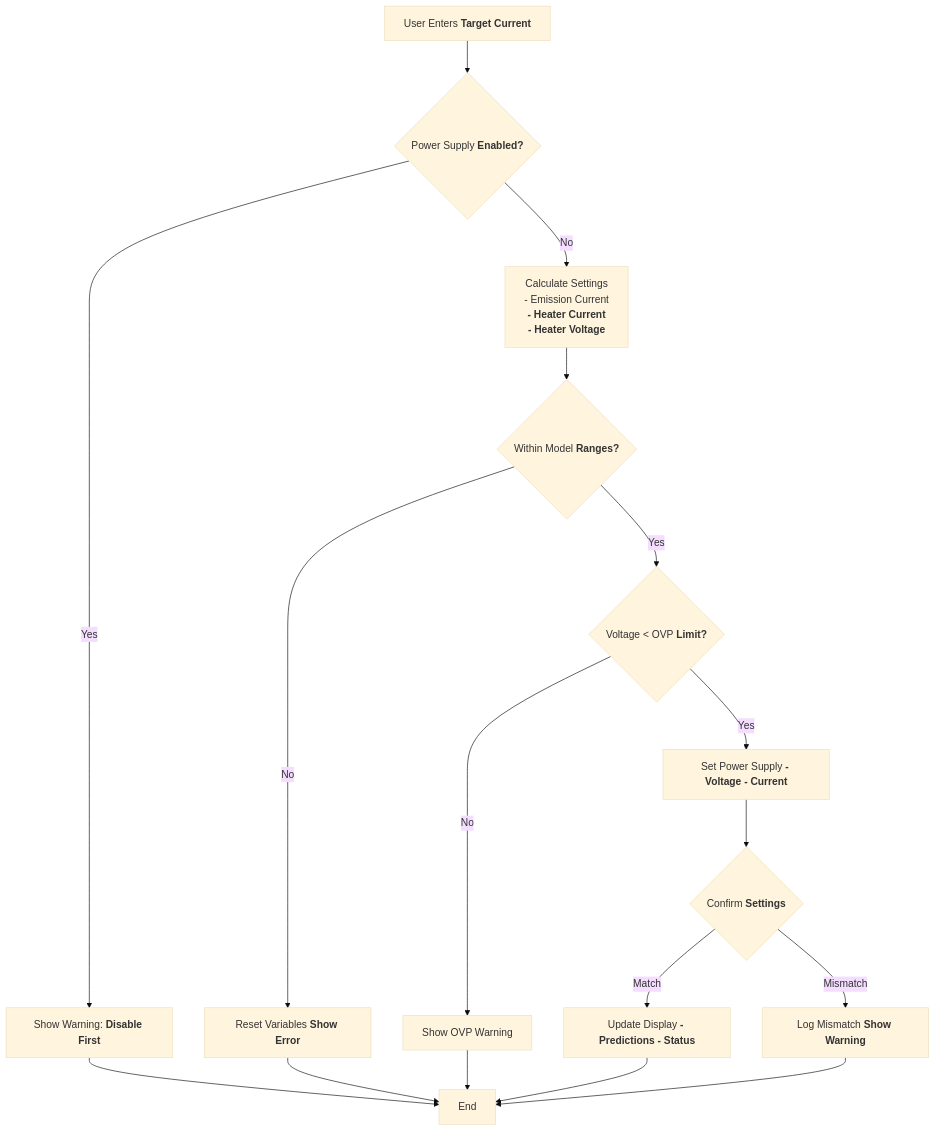
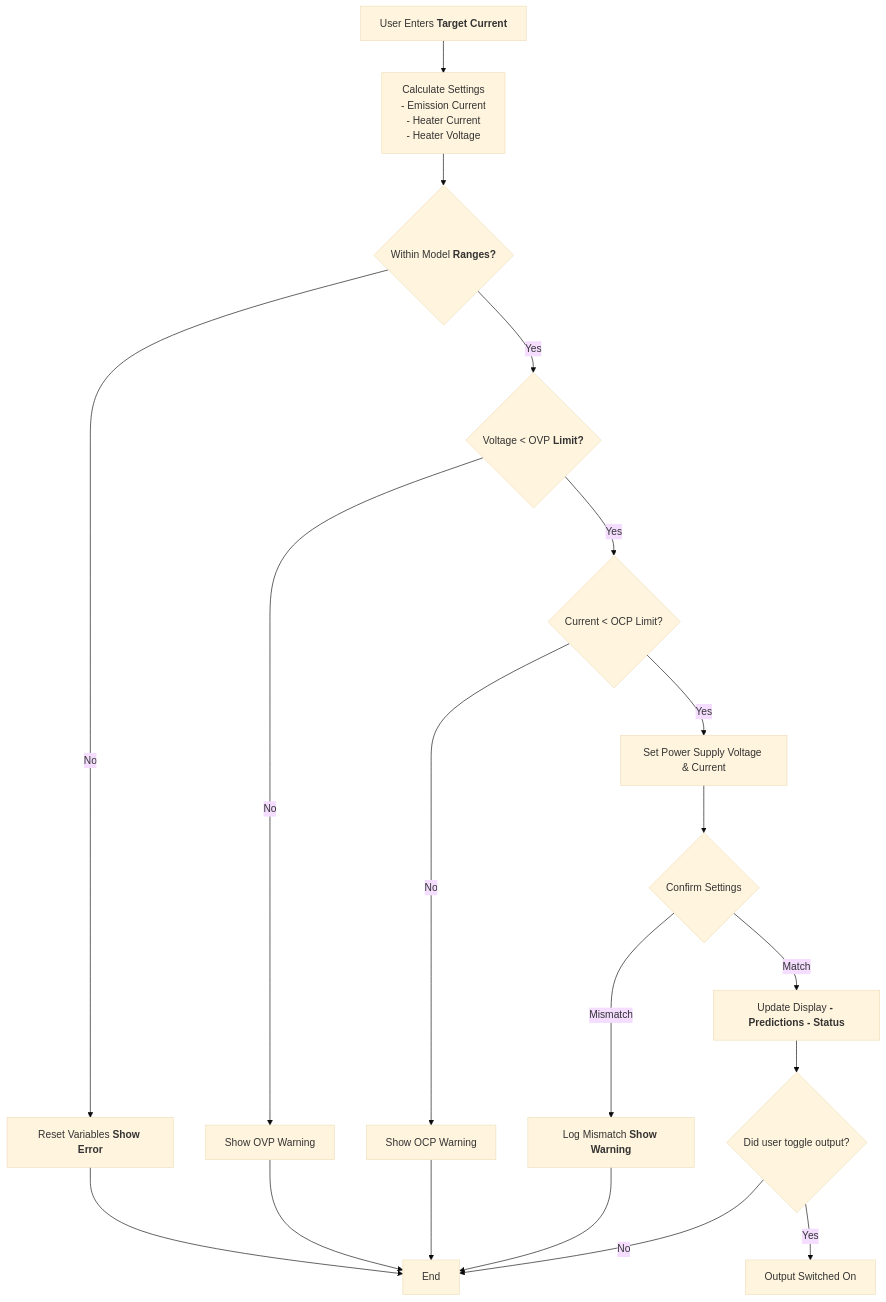
One commit to uw-loci/EBEAM_dashboard changed the third of 4 diagrams in subsystem/cathode_heating/README.md. Above: the diagram before and after it, drawn with Mermaid (base theme). The commit also changed other lines of this file and 3 other files, not shown here.

First line of the commit message:
Proposed CCS flow (#58)

````diff
--- a/subsystem/cathode_heating/README.md
+++ b/subsystem/cathode_heating/README.md
@@ -153,29 +153,35 @@
 ```mermaid
 flowchart TB
-    Input["User Enters<b> Target Current"] --> ValidatePS{"Power Supply<b> Enabled?"}
-    
-    ValidatePS -->|Yes| Warning["Show Warning:<b> Disable First"]
-    ValidatePS -->|No| Calculate["Calculate Settings
-    - Emission Current<b> 
-    - Heater Current
-    - Heater Voltage"]
+    Input["User Enters<b> Target Current"] --> Calculate["Calculate Settings
+                                                        - Emission Current 
+                                                        - Heater Current
+                                                        - Heater Voltage"]
     
     Calculate --> ValidateRange{"Within Model<b> Ranges?"}
     
     ValidateRange -->|No| ResetVars["Reset Variables <b>Show Error"]
     ValidateRange -->|Yes| CheckOVP{"Voltage < OVP<b> Limit?"}
     
     CheckOVP -->|No| OVPWarn["Show OVP Warning"]
-    CheckOVP -->|Yes| SetPS["Set Power Supply<b> - Voltage<b> - Current"]
+    CheckOVP -->|Yes| CheckOCP{"Current < OCP Limit?"}
+
+    CheckOCP -->|No| OCPWarn["Show OCP Warning"]
+    CheckOCP -->|Yes| SetPS["Set Power Supply Voltage & Current"]
     
-    SetPS --> Confirm{"Confirm<b> Settings"}
+    SetPS --> Confirm{"Confirm Settings"}
     
+    Confirm -->|Mismatch| LogError["Log Mismatch<b> Show Warning"]
     Confirm -->|Match| UpdateDisplay["Update Display<b> - Predictions<b> - Status"]
-    Confirm -->|Mismatch| LogError["Log Mismatch<b> Show Warning"]
     
-    Warning --> End["End"]
+
+    UpdateDisplay --> OutputToggled{"Did user toggle output?"}
+
+    OutputToggled --> |No| End
+    OutputToggled --> |Yes| OutputOn["Output Switched On"]
+    
+    
     ResetVars --> End
     OVPWarn --> End
-    UpdateDisplay --> End
+    OCPWarn --> End
     LogError --> End
 ```
````
